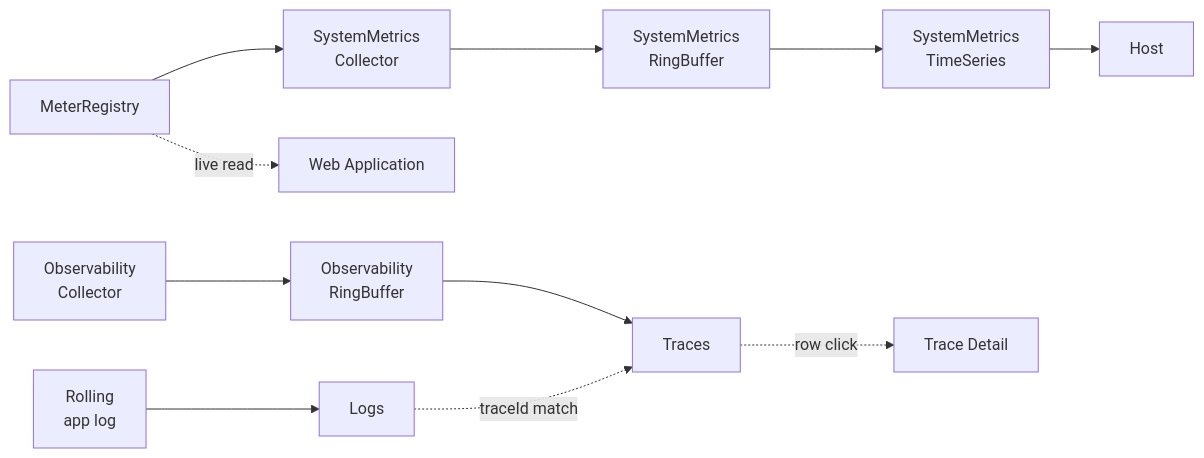
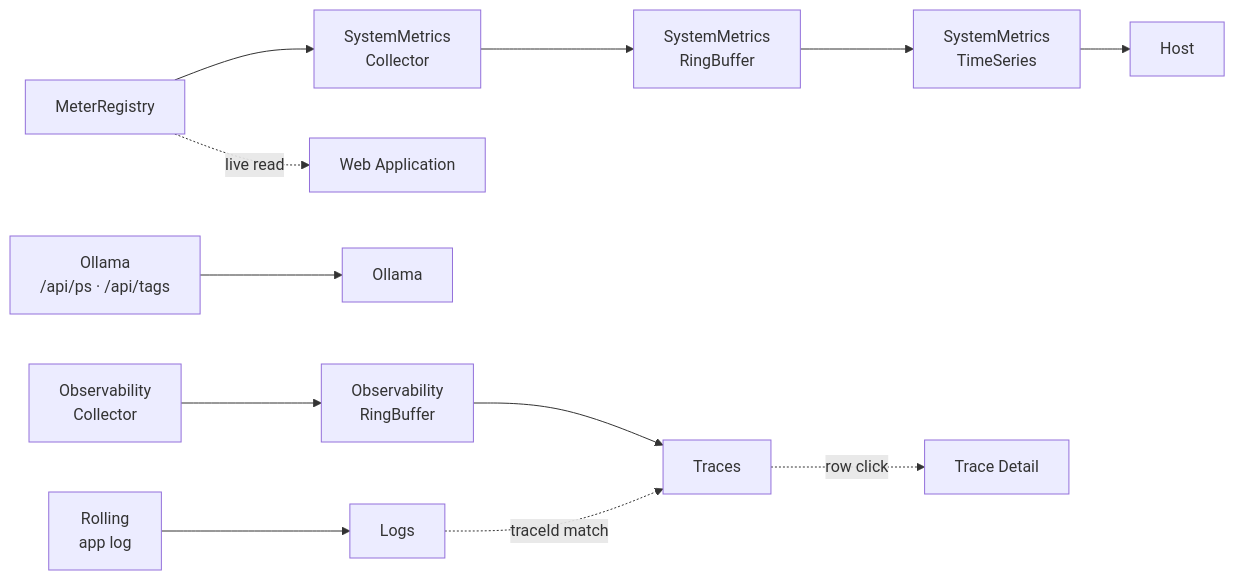
The diagram in docs/features/observability/runtime/index.md (JM-Lab/spring-ai-playground), drawn with Mermaid before and after one commit. The commit also changed other lines of this file and 185 other files, not shown here.

````diff
--- a/docs/features/observability/runtime/index.md
+++ b/docs/features/observability/runtime/index.md
@@ -8,15 +8,16 @@
 ```mermaid
 flowchart LR
     MR["MeterRegistry"]
     SMC["SystemMetrics<br/>Collector"]
     SMR["SystemMetrics<br/>RingBuffer"]
     SMT["SystemMetrics<br/>TimeSeries"]
     MR --> SMC --> SMR --> SMT
     SMT --> HO["Host"]
+    OllamaApi["Ollama<br/>/api/ps · /api/tags"] --> OL["Ollama"]
     MR -. live read .-> WA["Web Application"]
     LogStream["Rolling<br/>app log"] --> LG["Logs"]
     Coll["Observability<br/>Collector"] --> Buf["Observability<br/>RingBuffer"]
     Buf --> TR["Traces"]
     TR -. row click .-> TD["Trace Detail"]
     LG -. traceId match .-> TR
 ```
````
